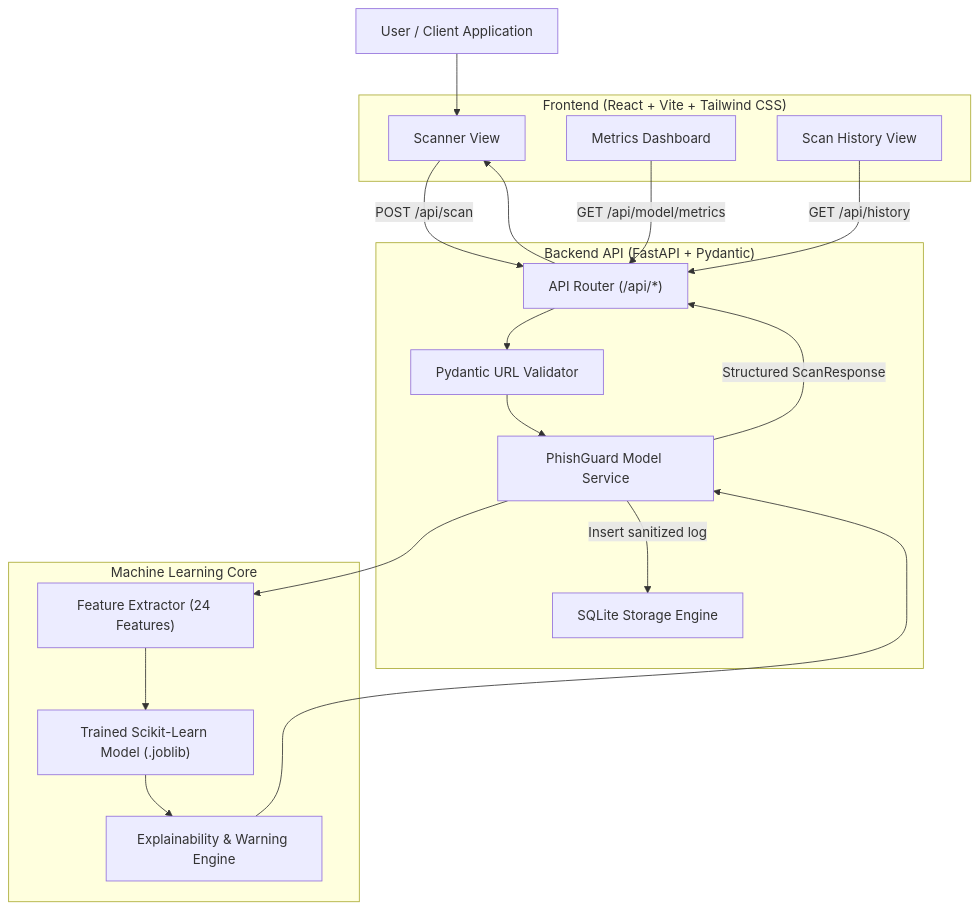
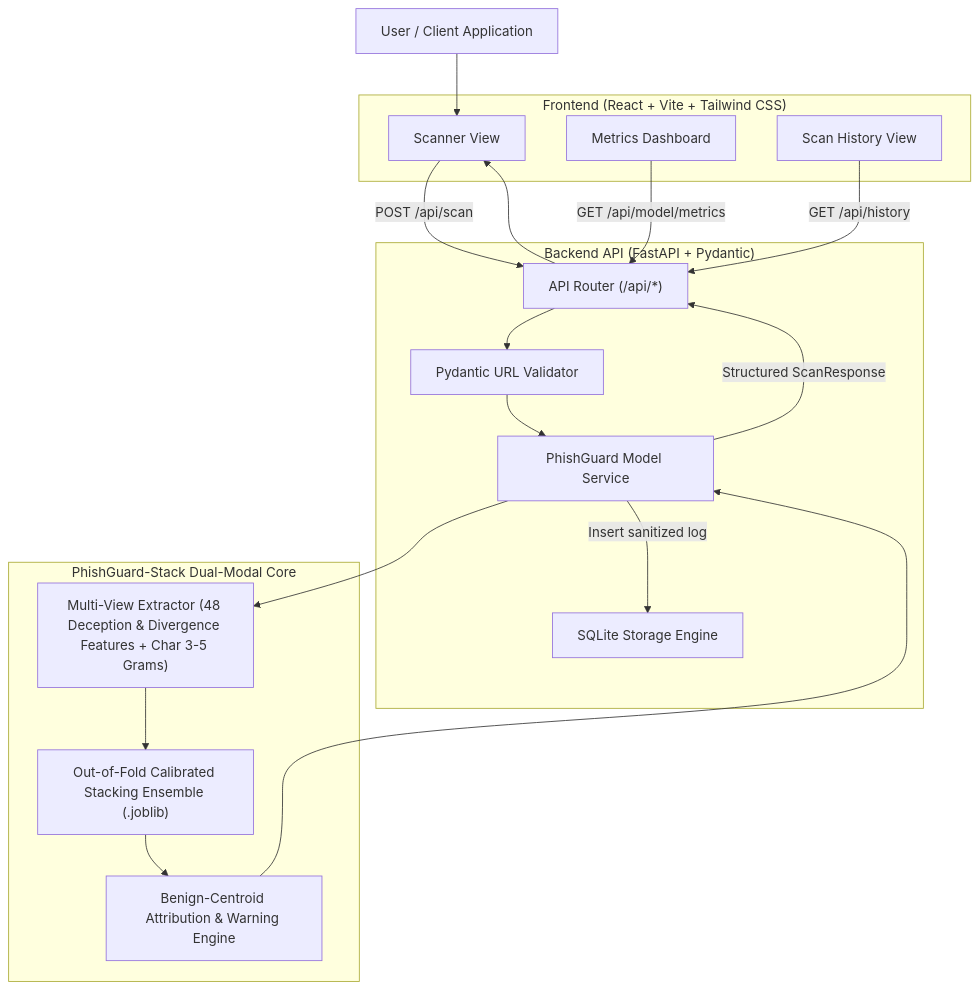
One commit to saksham-sammy/PhishGuard changed the diagram in docs/ARCHITECTURE.md. Above: the diagram before and after it, drawn with Mermaid. The commit also changed other lines of this file and 29 other files, not shown here.

Commit message:
feat(ml,ui,docs): upgrade to PhishGuard-Stack 48-feature domain-disjoint ensemble, neutral UI palette, IEEE paper & PCU report

````diff
--- a/docs/ARCHITECTURE.md
+++ b/docs/ARCHITECTURE.md
@@ -7,37 +7,37 @@
 ```mermaid
 flowchart TD
     Client["User / Client Application"]
     subgraph UI ["Frontend (React + Vite + Tailwind CSS)"]
         ScannerView["Scanner View"]
         DashboardView["Metrics Dashboard"]
         HistoryView["Scan History View"]
     end
 
     subgraph Backend ["Backend API (FastAPI + Pydantic)"]
         Router["API Router (/api/*)"]
         Validator["Pydantic URL Validator"]
         Service["PhishGuard Model Service"]
         DB["SQLite Storage Engine"]
     end
 
-    subgraph ML_Pipeline ["Machine Learning Core"]
-        Extractor["Feature Extractor (24 Features)"]
-        ModelArtifact["Trained Scikit-Learn Model (.joblib)"]
-        RuleEngine["Explainability & Warning Engine"]
+    subgraph ML_Pipeline ["PhishGuard-Stack Dual-Modal Core"]
+        Extractor["Multi-View Extractor (48 Deception & Divergence Features + Char 3-5 Grams)"]
+        ModelArtifact["Out-of-Fold Calibrated Stacking Ensemble (.joblib)"]
+        RuleEngine["Benign-Centroid Attribution & Warning Engine"]
     end
 
     Client --> ScannerView
     ScannerView -->|POST /api/scan| Router
     DashboardView -->|GET /api/model/metrics| Router
     HistoryView -->|GET /api/history| Router
 
     Router --> Validator
     Validator --> Service
     Service --> Extractor
     Extractor --> ModelArtifact
     ModelArtifact --> RuleEngine
     RuleEngine --> Service
     Service -->|Insert sanitized log| DB
     Service -->|Structured ScanResponse| Router
     Router --> ScannerView
 ```
````
